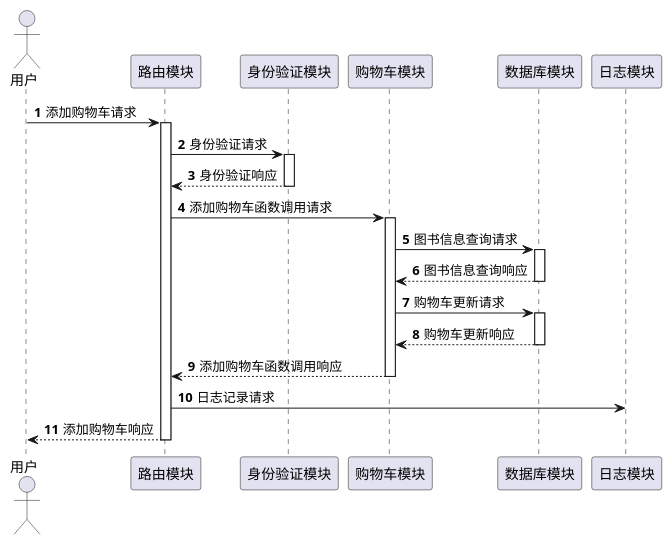
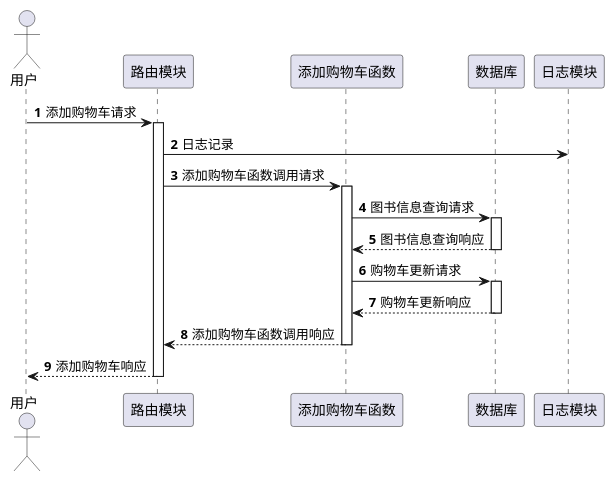
The diagram in uml/addCart.puml (zouyonghe/High-Performance-Online-Bookstore), drawn with PlantUML before and after one commit. The commit also changed 34 other files, not shown here.

Commit message:
Add: uml png

```diff
--- a/uml/addCart.puml
+++ b/uml/addCart.puml
@@ -1,27 +1,26 @@
 @startuml
 'https://plantuml.com/sequence-diagram
 
 autonumber
 
 actor 用户 as general
 participant 路由模块 as router
-participant 身份验证模块 as validate
-participant 购物车模块 as cart
-participant 数据库模块 as database
+participant 添加购物车函数 as cart
+participant 数据库 as database
 participant 日志模块 as log
 
 general -> router++ : 添加购物车请求
-router -> validate ++: 身份验证请求
-validate --> router --: 身份验证响应
+router -> log: 日志记录
 router -> cart ++: 添加购物车函数调用请求
 cart -> database ++: 图书信息查询请求
 database --> cart --: 图书信息查询响应
 cart -> database ++: 购物车更新请求
 database --> cart --: 购物车更新响应
+
 cart --> router --: 添加购物车函数调用响应
-router -> log: 日志记录请求
+
 router --> general-- : 添加购物车响应
 
 
 
 @enduml
```
